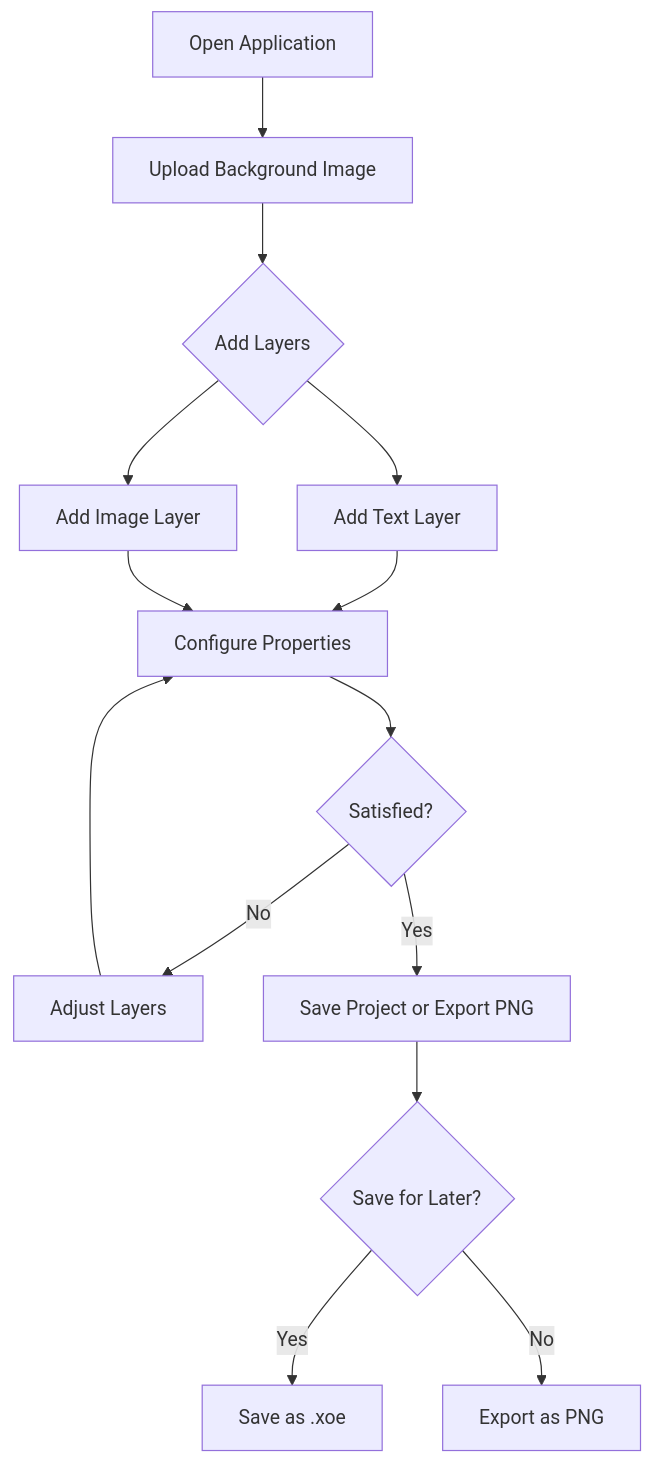
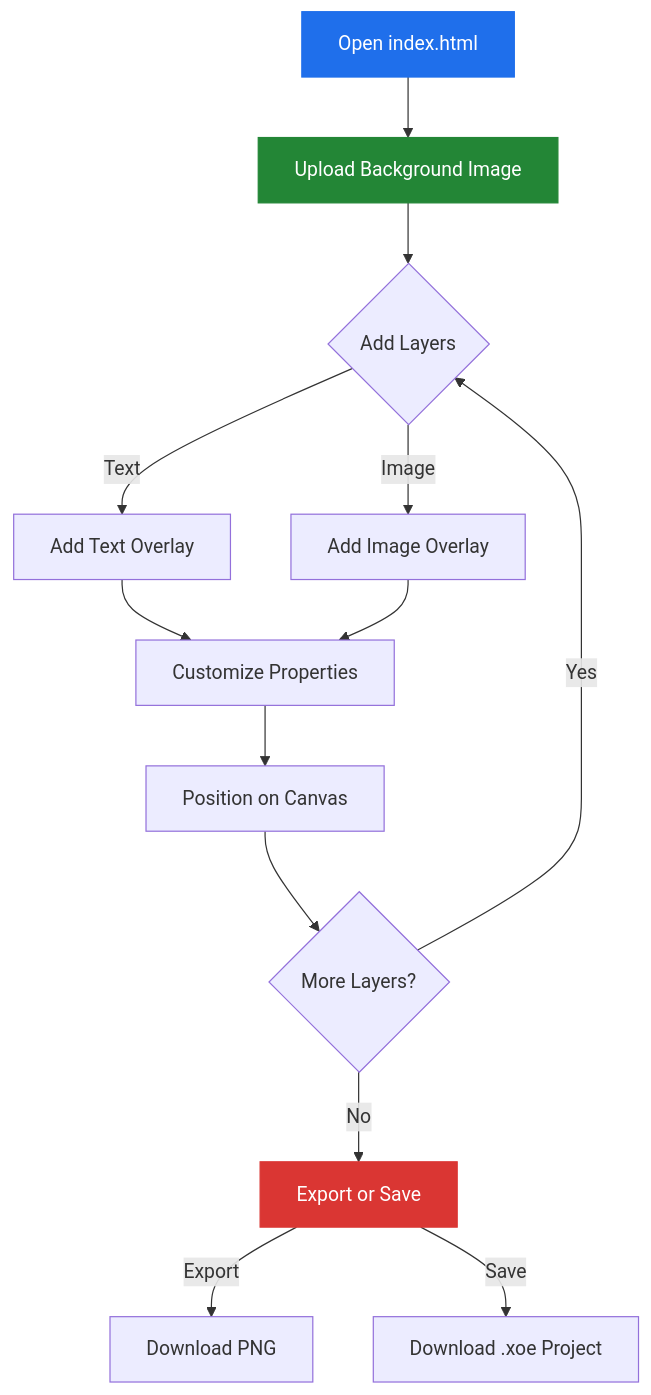
Before and after one commit to xsukax/xsukax-Overlay-Studio: the second of 5 diagrams in README.md, drawn with Mermaid. The commit also changed other lines of this file, not shown here.

````diff
--- a/README.md
+++ b/README.md
@@ -158,16 +177,18 @@
 ```mermaid
-graph TD
-    A[Open Application] --> B[Upload Background Image]
+flowchart TD
+    A[Open index.html] --> B[Upload Background Image]
     B --> C{Add Layers}
-    C --> D[Add Text Layer]
-    C --> E[Add Image Layer]
-    D --> F[Configure Properties]
+    C -->|Text| D[Add Text Overlay]
+    C -->|Image| E[Add Image Overlay]
+    D --> F[Customize Properties]
     E --> F
-    F --> G{Satisfied?}
-    G -->|No| H[Adjust Layers]
-    H --> F
-    G -->|Yes| I[Save Project or Export PNG]
-    I --> J{Save for Later?}
-    J -->|Yes| K[Save as .xoe]
-    J -->|No| L[Export as PNG]
+    F --> G[Position on Canvas]
+    G --> H{More Layers?}
+    H -->|Yes| C
+    H -->|No| I[Export or Save]
+    I -->|Export| J[Download PNG]
+    I -->|Save| K[Download .xoe Project]
+    style A fill:#1f6feb,stroke:#1f6feb,color:#fff
+    style B fill:#238636,stroke:#238636,color:#fff
+    style I fill:#da3633,stroke:#da3633,color:#fff
 ```
````
